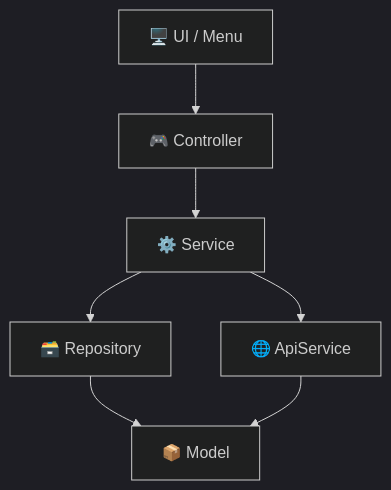
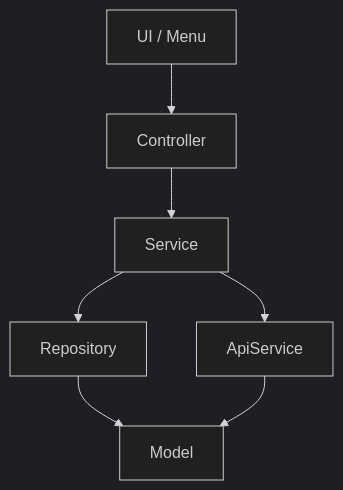
Before and after one commit to AndresMellaS/conversor-monedas: the diagram in README.md, drawn with Mermaid (dark theme). The commit also changed other lines of this file, not shown here.

Commit message:
Clean up README formatting and flowchart labels
Removed HTML entities from the title and badge section in README.md. Updated flowchart labels to remove emojis.

````diff
--- a/README.md
+++ b/README.md
@@ -47,9 +45,9 @@
 ```mermaid
 flowchart TD
-    A[🖥️ UI / Menu] --> B[🎮 Controller]
-    B --> C[⚙️ Service]
-    C --> D[🗃️ Repository]
-    C --> E[🌐 ApiService]
-    D --> F[📦 Model]
+    A[ UI / Menu] --> B[ Controller]
+    B --> C[ Service]
+    C --> D[ Repository]
+    C --> E[ ApiService]
+    D --> F[ Model]
     E --> F
 ```
````
